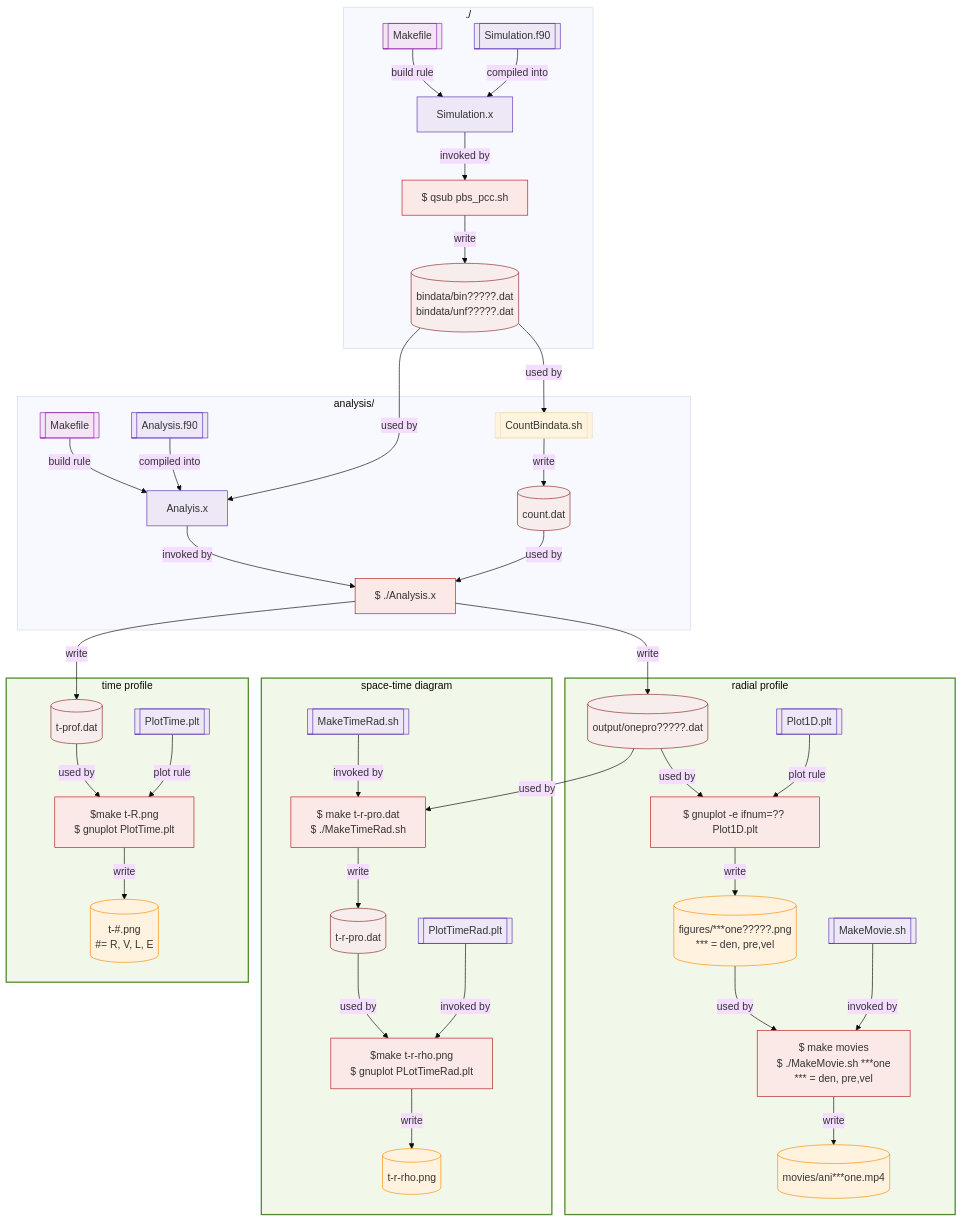
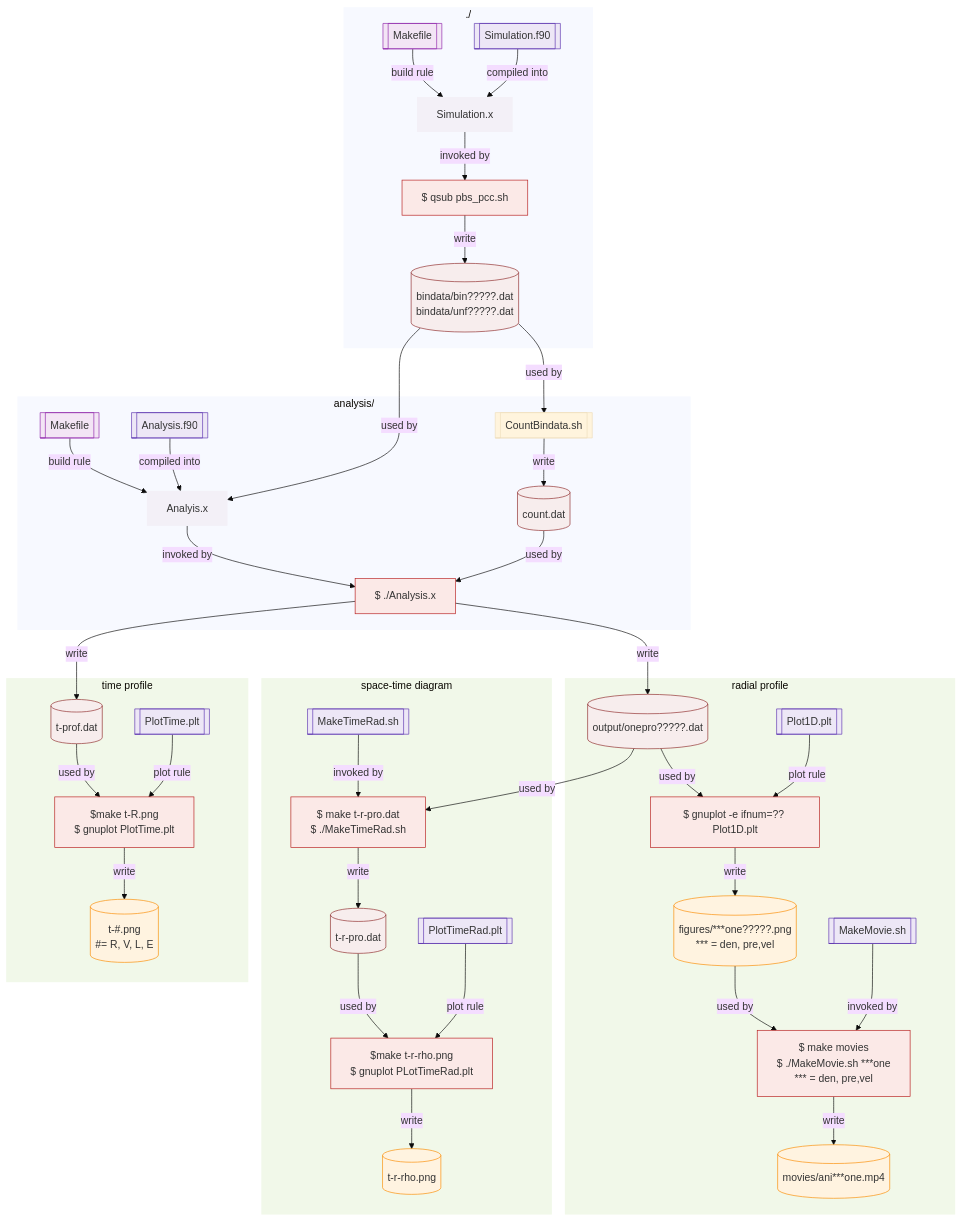
One commit to takiwaki/Blastwave changed the diagram in HYD1D/README.md. Above: the diagram before and after it, drawn with Mermaid (base theme).

````diff
--- a/HYD1D/README.md
+++ b/HYD1D/README.md
@@ -183,7 +183,8 @@
 ```mermaid
 flowchart TD
-　classDef data fill:#f7eded,stroke:#8e2a2a
+　classDef data fill:#f7eded,stroke:#8e2a2a, stroke-width:1px
   classDef code fill:#ede7f6,stroke:#5e35b1
+  classDef bin fill:#f3f0f7,stroke:#7e57c2, stroke:none
   classDef build fill:#f3e5f5,stroke:#8e24aa
   classDef cmd fill:#fbe9e7,stroke:#b71c1c
   classDef result fill:#fff3e0,stroke:#fb8c00
@@ -194,19 +195,19 @@
     A1[[Simulation.f90]]:::code
     A0 -- build rule --> A2
     A1 -- compiled into --> A2
-    A2[Simulation.x]:::code
+    A2[Simulation.x]:::bin
     A3["$ qsub pbs_pcc.sh"]:::cmd
     A2 -- invoked by --> A3
     A4[(bindata/bin?????.dat <br> bindata/unf?????.dat )]:::data
     A3 -- write --> A4
   end
-
+    style A stroke:none
   subgraph B["analysis/"]
     B0[[Makefile]]:::build
     B1[[Analysis.f90]]:::code
     B0 -- build rule --> B2
     B1 -- compiled into --> B2
-    B2[Analyis.x]:::code
+    B2[Analyis.x]:::bin
     B1-1[[CountBindata.sh]]
     A4 -- used by --> B1-1
     B1-1 -- write --> B1-2
@@ -216,6 +217,7 @@
     B2 -- invoked by --> B3
     B1-2 -- used by --> B3
   end
+    style B stroke:none
 
   subgraph Rad["radial profile"]
     B4[(output/onepro?????.dat)]:::data
@@ -234,7 +236,7 @@
     B19 -- write --> B20
     B20[(movies/ani***one.mp4)]:::result
    end
-    style Rad fill:#f1f8e9,stroke:#558b2f,stroke-width:2px
+    style Rad fill:#f1f8e9,stroke:#558b2f, stroke:none
 
   subgraph TimeRad["space-time diagram"]
     B12[[MakeTimeRad.sh]]:::code
@@ -246,11 +248,11 @@
     B15[[PlotTimeRad.plt]]:::code
     B16["$make t-r-rho.png <br>$ gnuplot PLotTimeRad.plt"]:::cmd
     B14 -- used by --> B16
-    B15 -- invoked by --> B16
+    B15 -- plot rule --> B16
     B17[(t-r-rho.png)]:::result
     B16 -- write --> B17
    end
-    style TimeRad fill:#f1f8e9,stroke:#558b2f,stroke-width:2px
+    style TimeRad fill:#f1f8e9,stroke:#558b2f, stroke:none
 
   subgraph Time["time profile"]
     B5[(t-prof.dat)]:::data
@@ -262,7 +264,7 @@
     B10 -- write --> B11
     B11[(t-#.png <br>  #= R, V, L, E)]:::result
    end
-    style Time fill:#f1f8e9,stroke:#558b2f,stroke-width:2px
+    style Time fill:#f1f8e9,stroke:#558b2f, stroke:none
 
 
 ```
````
